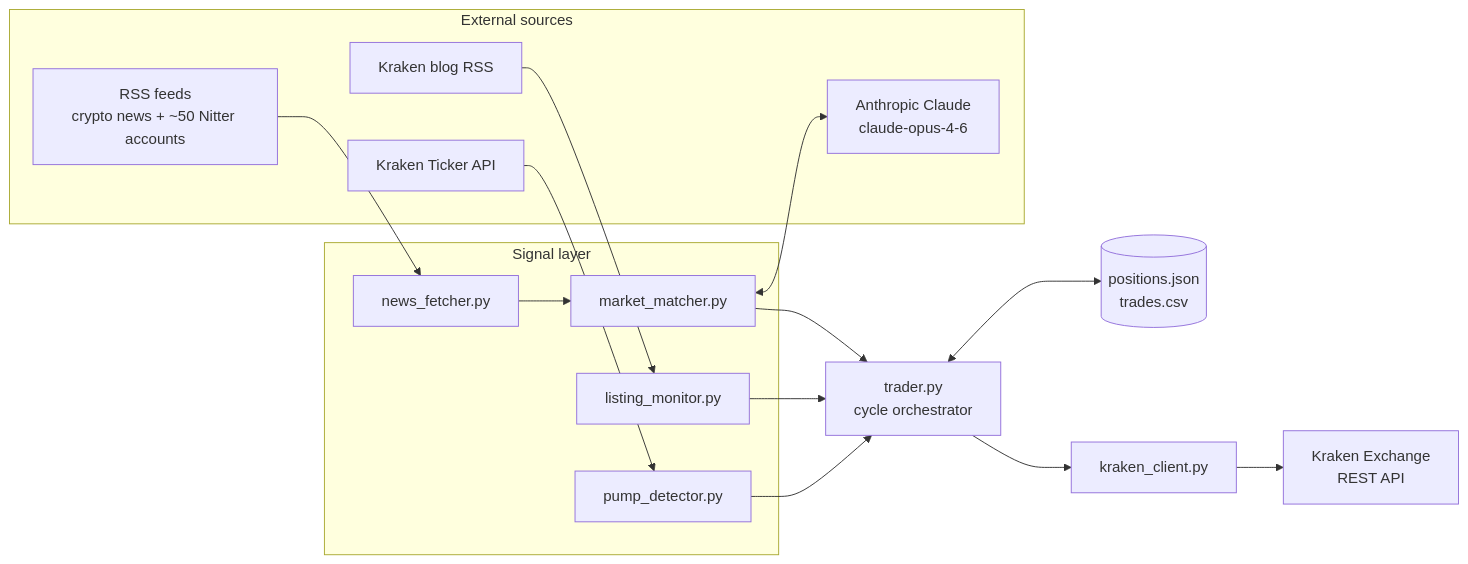
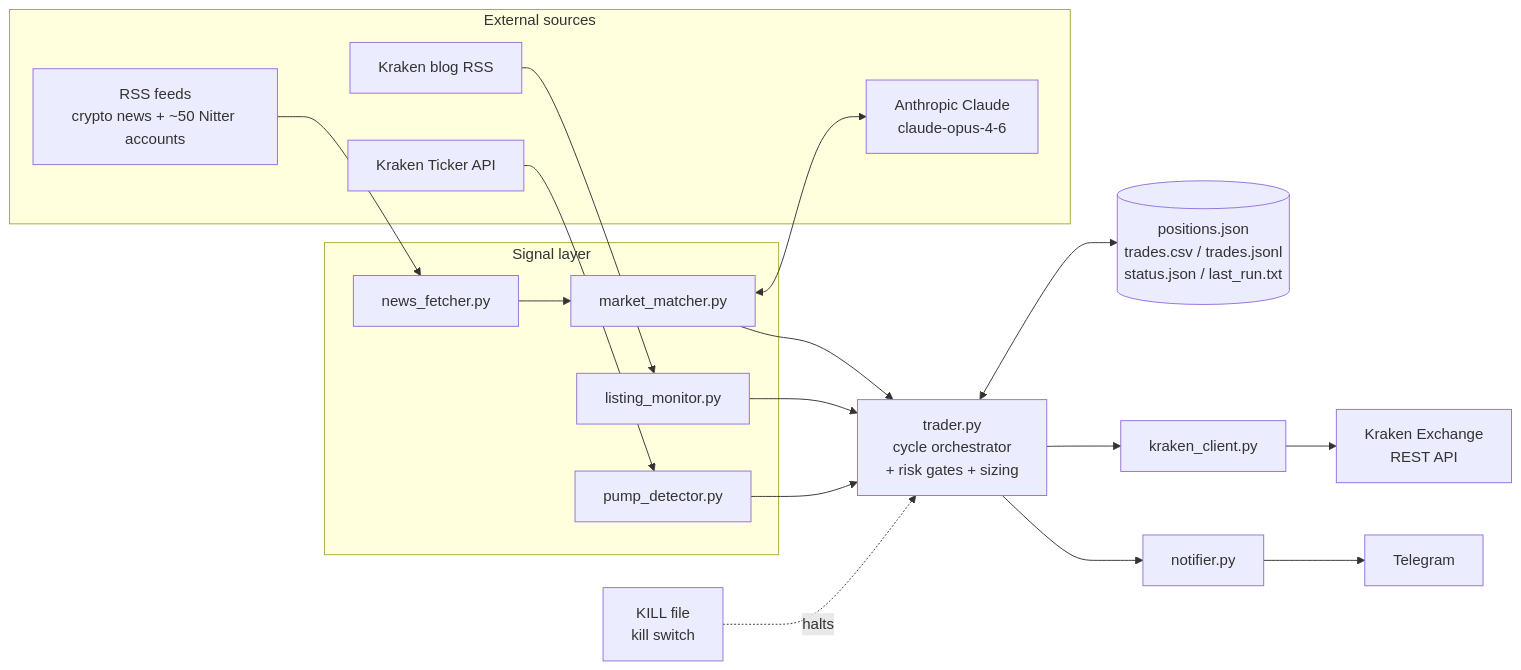
One commit to evanoseen/kraken-bot changed the diagram in README.md. Above: the diagram before and after it, drawn with Mermaid. The commit also changed other lines of this file, not shown here.

````diff
--- a/README.md
+++ b/README.md
@@ -29,35 +50,41 @@
 ```mermaid
 flowchart LR
     subgraph external["External sources"]
         RSS["RSS feeds<br/>crypto news + ~50 Nitter accounts"]
         BLOG["Kraken blog RSS"]
         TICK["Kraken Ticker API"]
         CLAUDE["Anthropic Claude<br/>claude-opus-4-6"]
     end
 
     subgraph signals["Signal layer"]
         NF["news_fetcher.py"]
         MM["market_matcher.py"]
         LM["listing_monitor.py"]
         PD["pump_detector.py"]
     end
 
-    TRADER["trader.py<br/>cycle orchestrator"]
-    POS[("positions.json<br/>trades.csv")]
+    KILL["KILL file<br/>kill switch"]
+    TRADER["trader.py<br/>cycle orchestrator<br/>+ risk gates + sizing"]
+    POS[("positions.json<br/>trades.csv / trades.jsonl<br/>status.json / last_run.txt")]
     KC["kraken_client.py"]
     KEX["Kraken Exchange<br/>REST API"]
+    NOTIFY["notifier.py"]
+    TG["Telegram"]
 
     RSS --> NF
     NF --> MM
     MM <--> CLAUDE
     BLOG --> LM
     TICK --> PD
 
     MM --> TRADER
     LM --> TRADER
     PD --> TRADER
+    KILL -.halts.-> TRADER
 
     TRADER --> KC
     KC --> KEX
     TRADER <--> POS
+    TRADER --> NOTIFY
+    NOTIFY --> TG
 ```
````
